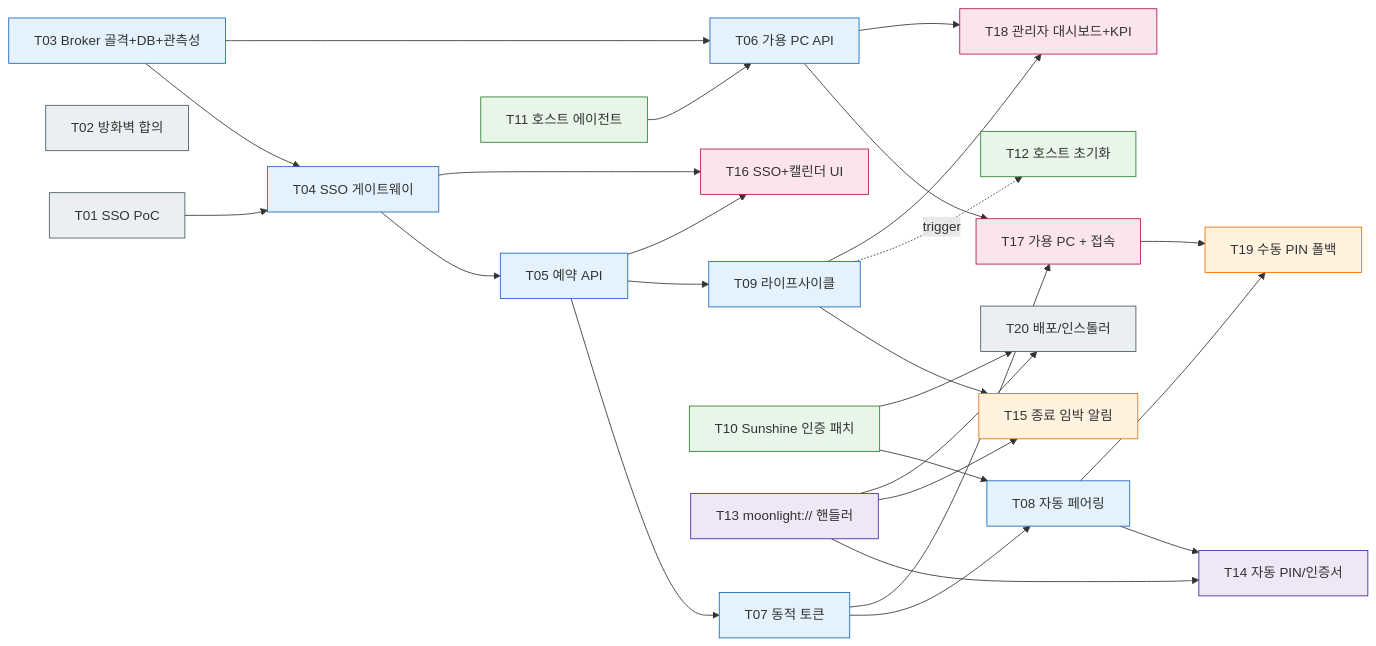
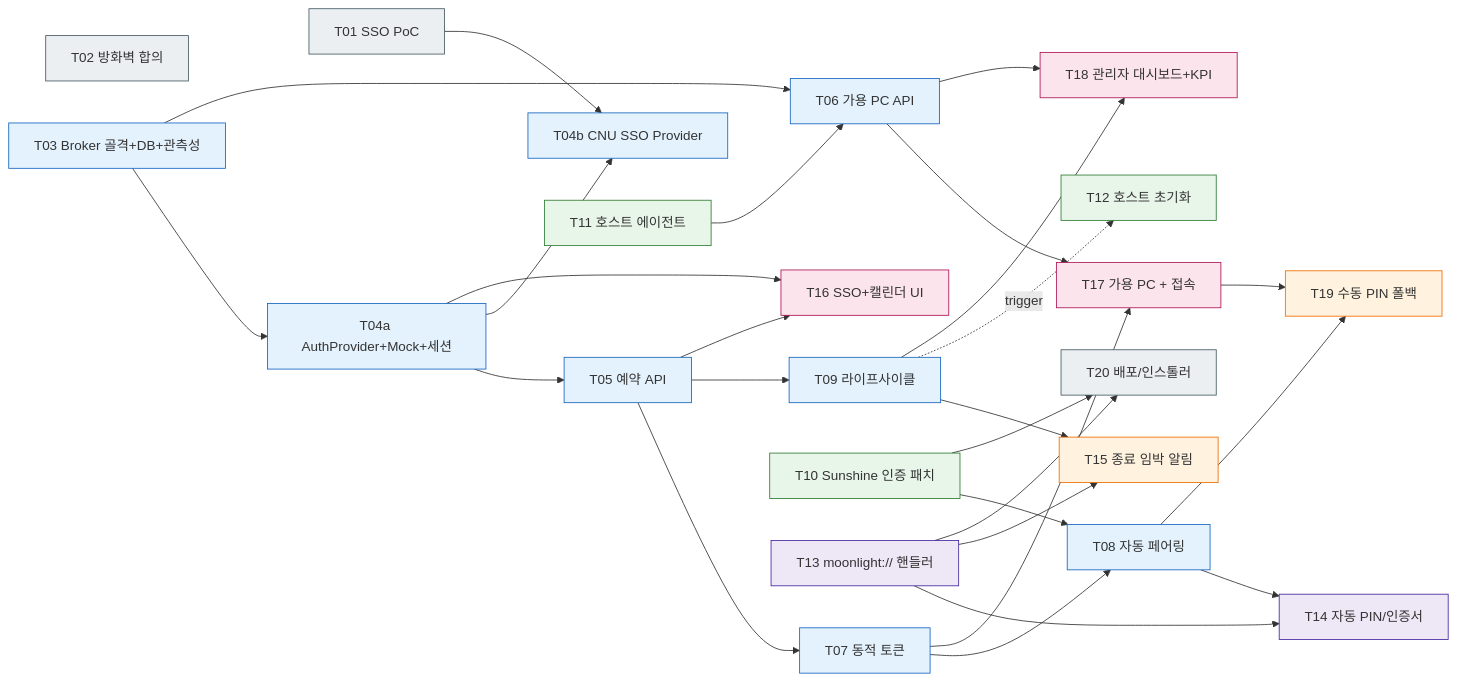
The diagram in EXP.md (KITOHSY/SmartClassroom), drawn with Mermaid before and after one commit. The commit also changed other lines of this file and 71 other files, not shown here.

````diff
--- a/EXP.md
+++ b/EXP.md
@@ -280,51 +324,53 @@
 ```mermaid
 flowchart LR
     T01[T01 SSO PoC]:::ext
     T02[T02 방화벽 합의]:::ext
     T03[T03 Broker 골격+DB+관측성]:::be
-    T04[T04 SSO 게이트웨이]:::be
+    T04a[T04a AuthProvider+Mock+세션]:::be
+    T04b[T04b CNU SSO Provider]:::be
     T05[T05 예약 API]:::be
     T06[T06 가용 PC API]:::be
     T07[T07 동적 토큰]:::be
     T08[T08 자동 페어링]:::be
     T09[T09 라이프사이클]:::be
     T10[T10 Sunshine 인증 패치]:::host
     T11[T11 호스트 에이전트]:::host
     T12[T12 호스트 초기화]:::host
     T13[T13 moonlight:// 핸들러]:::cli
     T14[T14 자동 PIN/인증서]:::cli
     T15[T15 종료 임박 알림]:::full
     T16[T16 SSO+캘린더 UI]:::fe
     T17[T17 가용 PC + 접속]:::fe
     T18[T18 관리자 대시보드+KPI]:::fe
     T19[T19 수동 PIN 폴백]:::full
     T20[T20 배포/인스톨러]:::ext
 
-    T01 --> T04
-    T03 --> T04 --> T05 --> T07 --> T08
+    T03 --> T04a --> T05 --> T07 --> T08
+    T04a --> T04b
+    T01 --> T04b
     T03 --> T06
     T11 --> T06
     T08 --> T14
     T13 --> T14
     T10 --> T08
     T05 --> T09 --> T15
     T13 --> T15
     T08 --> T19
     T17 --> T19
     T09 -. trigger .-> T12
-    T04 --> T16
+    T04a --> T16
     T05 --> T16
     T06 --> T17
     T07 --> T17
     T06 --> T18
     T09 --> T18
     T10 --> T20
     T13 --> T20
 
     classDef be fill:#e3f2fd,stroke:#1565c0
     classDef fe fill:#fce4ec,stroke:#ad1457
     classDef full fill:#fff3e0,stroke:#ef6c00
     classDef host fill:#e8f5e9,stroke:#2e7d32
     classDef cli fill:#ede7f6,stroke:#4527a0
     classDef ext fill:#eceff1,stroke:#455a64
 ```
````
